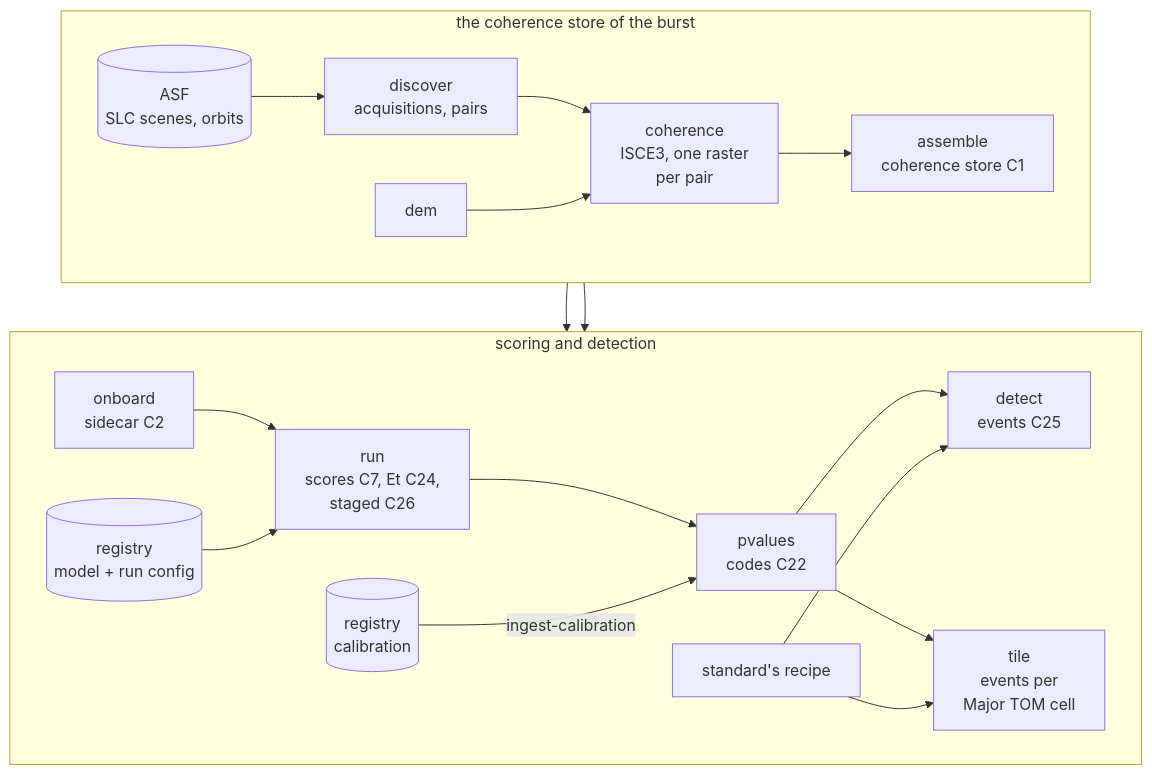
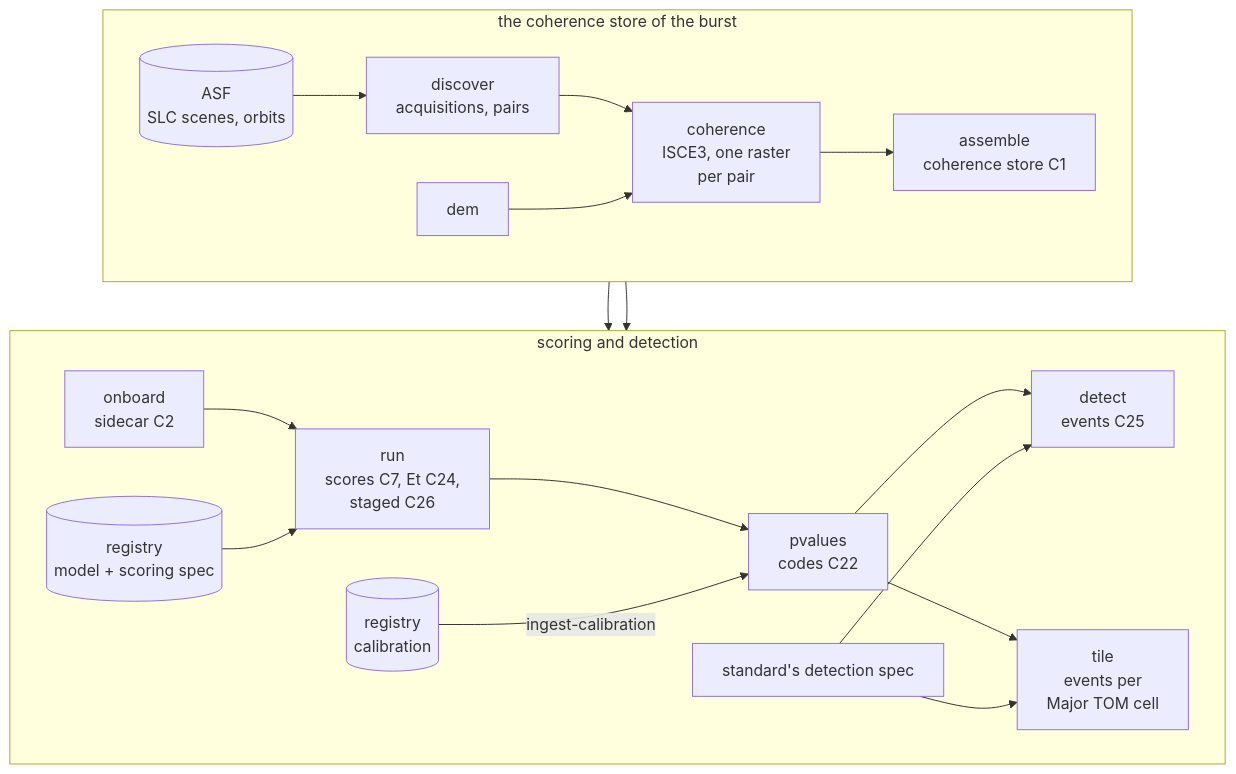
Before and after one commit to conflict-ecology/ponzi-suite: the second of 5 diagrams in docs/method/workflows.md, drawn with Mermaid. The commit also changed other lines of this file and 54 other files, not shown here.

````diff
--- a/docs/method/workflows.md
+++ b/docs/method/workflows.md
@@ -135,23 +135,23 @@
 ```mermaid
 flowchart TB
   subgraph make["the coherence store of the burst"]
     direction LR
     asf[("ASF<br/>SLC scenes, orbits")] --> discover["discover<br/>acquisitions, pairs"]
     discover --> coherence["coherence<br/>ISCE3, one raster<br/>per pair"]
     dem["dem"] --> coherence
     coherence --> assemble["assemble<br/>coherence store C1"]
   end
   subgraph score["scoring and detection"]
     direction LR
     onboard["onboard<br/>sidecar C2"] --> run["run<br/>scores C7, Et C24,<br/>staged C26"]
-    model[("registry<br/>model + run config")] --> run
+    model[("registry<br/>model + scoring spec")] --> run
     run --> pvalues["pvalues<br/>codes C22"]
     cal[("registry<br/>calibration")] -- "ingest-calibration" --> pvalues
     pvalues --> detect["detect<br/>events C25"]
     pvalues --> tile["tile<br/>events per<br/>Major TOM cell"]
-    recipe["standard's recipe"] --> detect
-    recipe --> tile
+    detection["standard's detection spec"] --> detect
+    detection --> tile
   end
   assemble --> onboard
   assemble --> run
 ```
````
